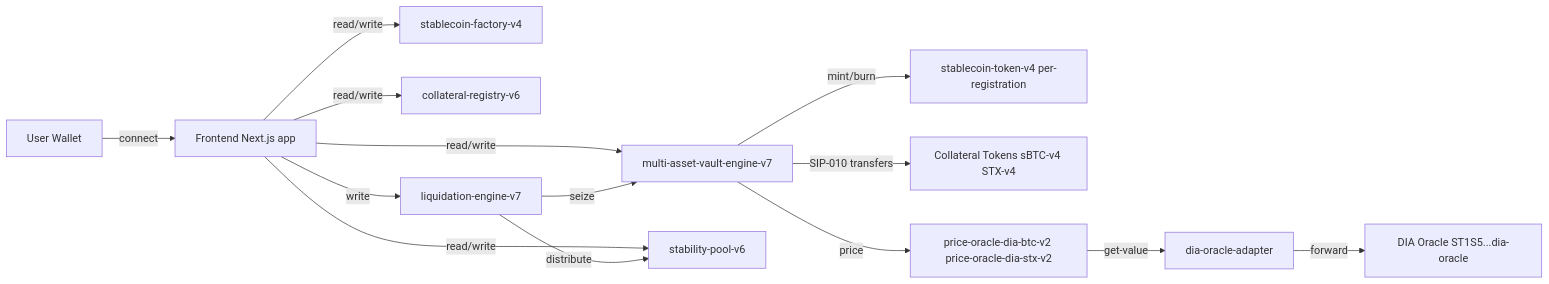
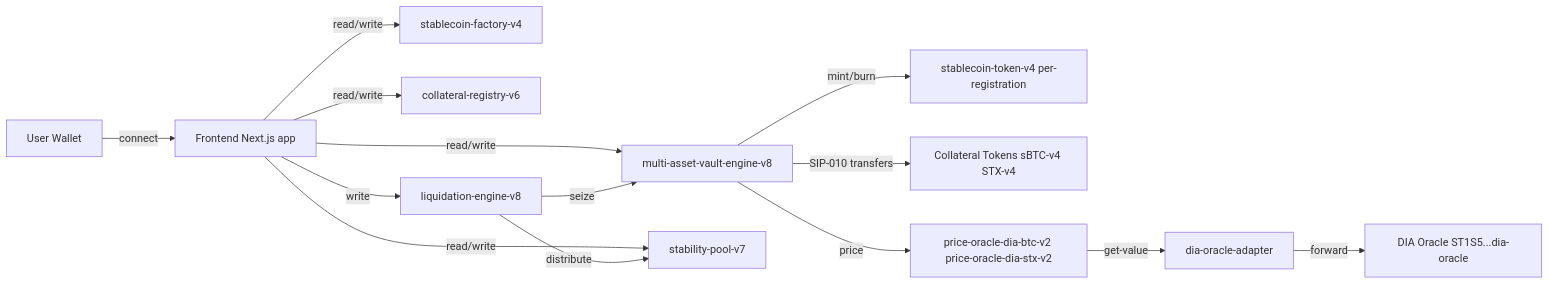
Before and after one commit to yehia67/stacks-stablecoin-engine: the first of 8 diagrams in docs/getting_started.md, drawn with Mermaid. The commit also changed other lines of this file and 1 other file, not shown here.

````diff
--- a/docs/getting_started.md
+++ b/docs/getting_started.md
@@ -73,16 +75,16 @@
 ```mermaid
 graph LR
   U[User Wallet] -->|connect| FE[Frontend Next.js app]
   FE -->|read/write| F[stablecoin-factory-v4]
   FE -->|read/write| CR[collateral-registry-v6]
-  FE -->|read/write| VE[multi-asset-vault-engine-v7]
-  FE -->|read/write| SP[stability-pool-v6]
-  FE -->|write| LE[liquidation-engine-v7]
+  FE -->|read/write| VE[multi-asset-vault-engine-v8]
+  FE -->|read/write| SP[stability-pool-v7]
+  FE -->|write| LE[liquidation-engine-v8]
   VE -->|mint/burn| ST[stablecoin-token-v4 per-registration]
   VE -->|SIP-010 transfers| COL[Collateral Tokens sBTC-v4 STX-v4]
   VE -->|price| OW[price-oracle-dia-btc-v2 price-oracle-dia-stx-v2]
   OW -->|get-value| DA[dia-oracle-adapter]
   DA -->|forward| DIA[DIA Oracle ST1S5...dia-oracle]
   LE -->|seize| VE
   LE -->|distribute| SP
 ```
````
